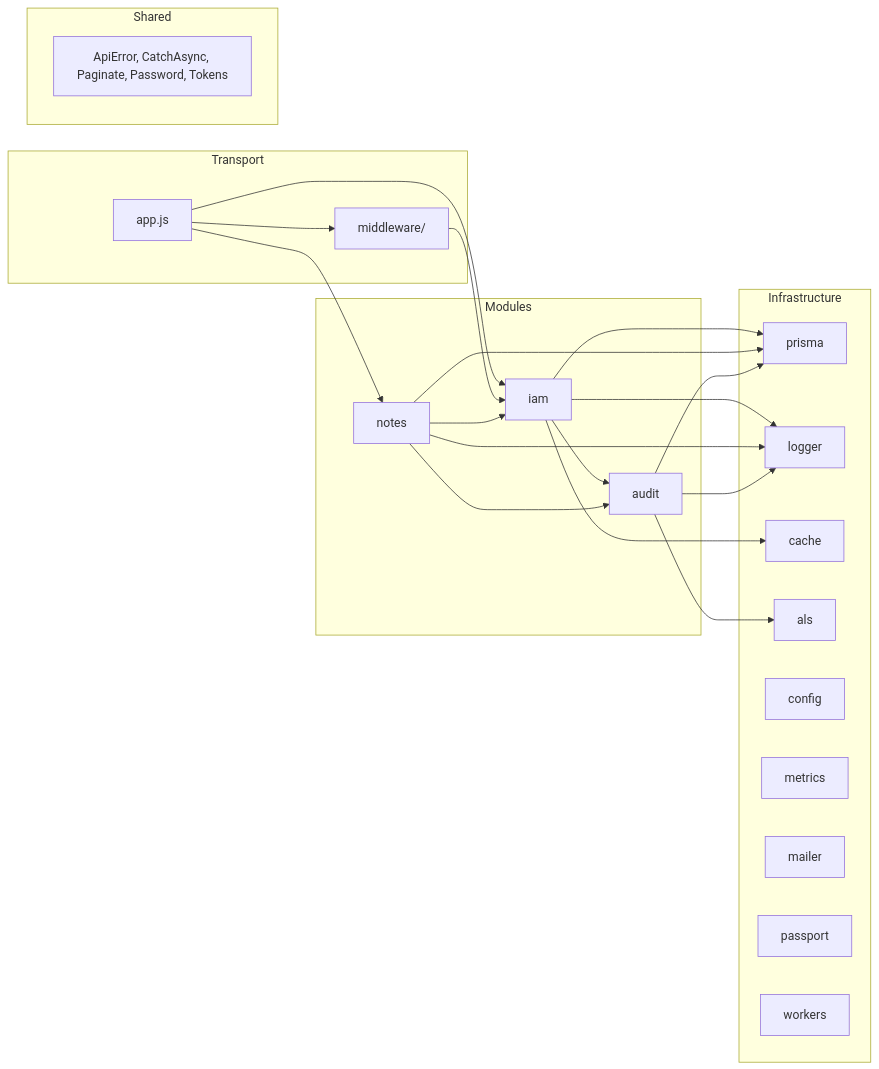
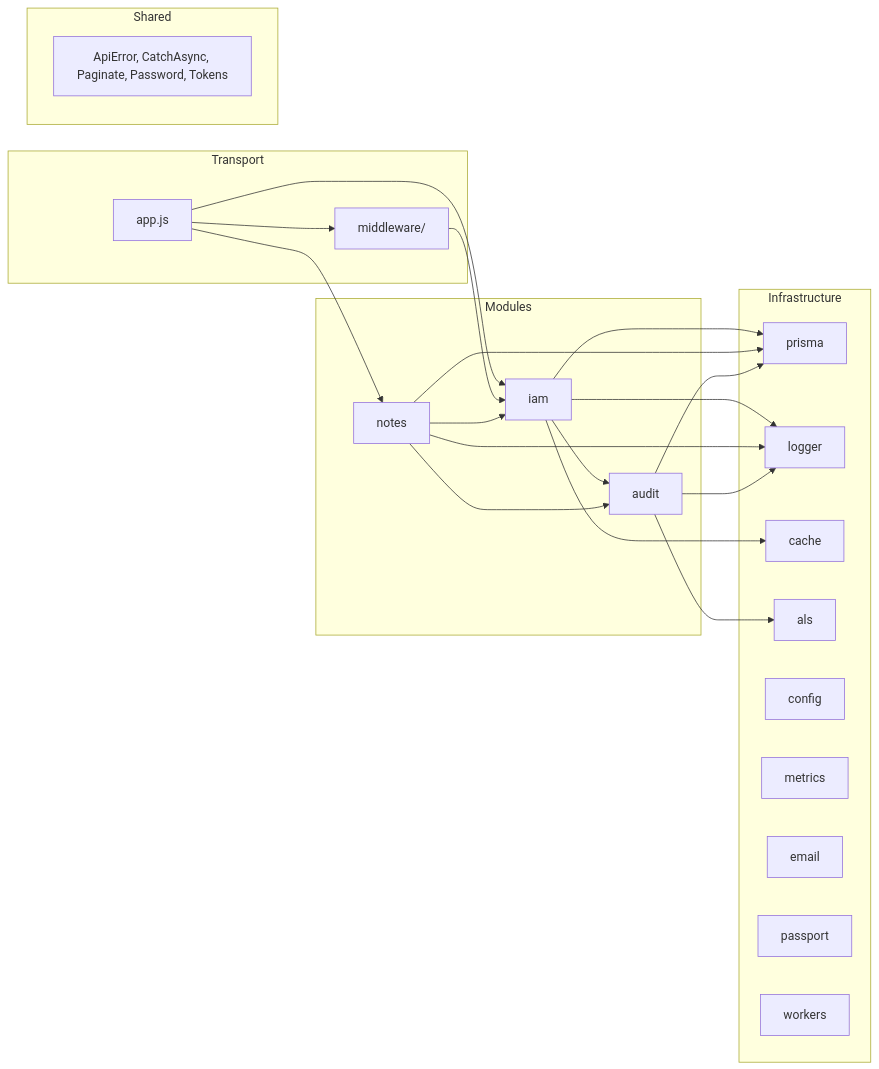
The first of 2 diagrams in docs/ARCHITECTURE.md (abualanin112/rentru), drawn with Mermaid before and after one commit. The commit also changed other lines of this file and 16 other files, not shown here.

````diff
--- a/docs/ARCHITECTURE.md
+++ b/docs/ARCHITECTURE.md
@@ -20,45 +20,45 @@
 ```mermaid
 graph LR
     subgraph Transport
         APP["app.js"]
         MW["middleware/"]
     end
 
     subgraph Modules
         IAM["iam"]
         NOTES["notes"]
         AUDIT["audit"]
     end
 
     subgraph Infrastructure
         PRISMA["prisma"]
         LOGGER["logger"]
         CACHE["cache"]
         ALS["als"]
         CONFIG["config"]
         METRICS["metrics"]
-        MAILER["mailer"]
+        EMAIL["email"]
         PASSPORT["passport"]
         WORKERS["workers"]
     end
 
     subgraph Shared
         UTILS["ApiError, CatchAsync, Paginate, Password, Tokens"]
     end
 
     APP --> IAM
     APP --> NOTES
     APP --> MW
     MW --> IAM
     IAM --> AUDIT
     NOTES --> AUDIT
     NOTES --> IAM
     IAM --> PRISMA
     NOTES --> PRISMA
     AUDIT --> PRISMA
     IAM --> CACHE
     IAM --> LOGGER
     NOTES --> LOGGER
     AUDIT --> LOGGER
     AUDIT --> ALS
 ```
````
